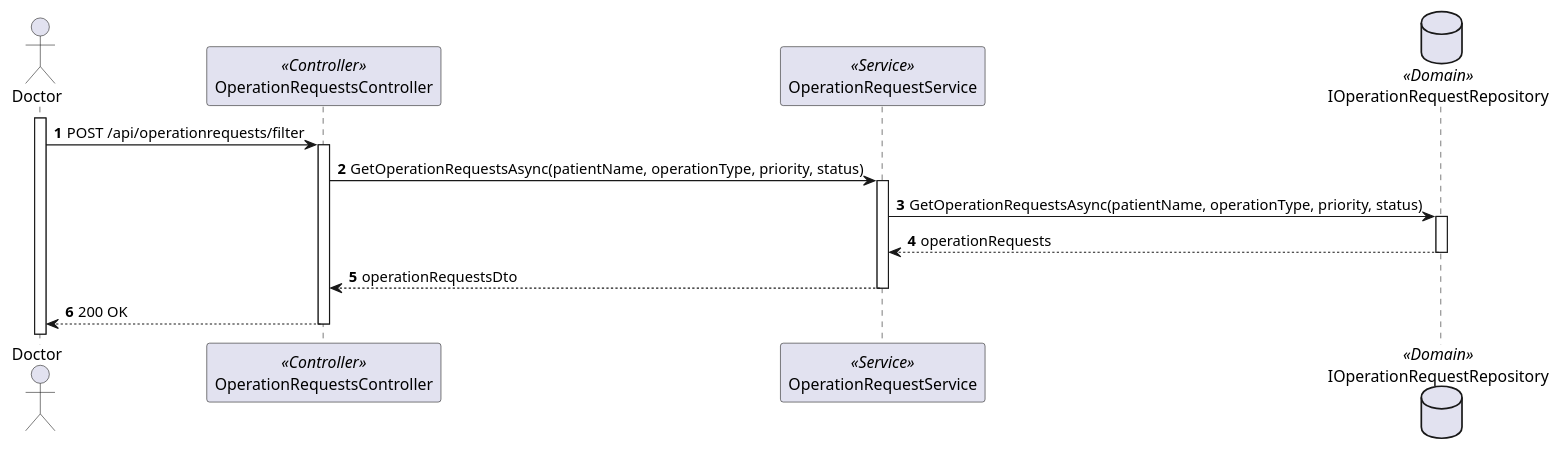
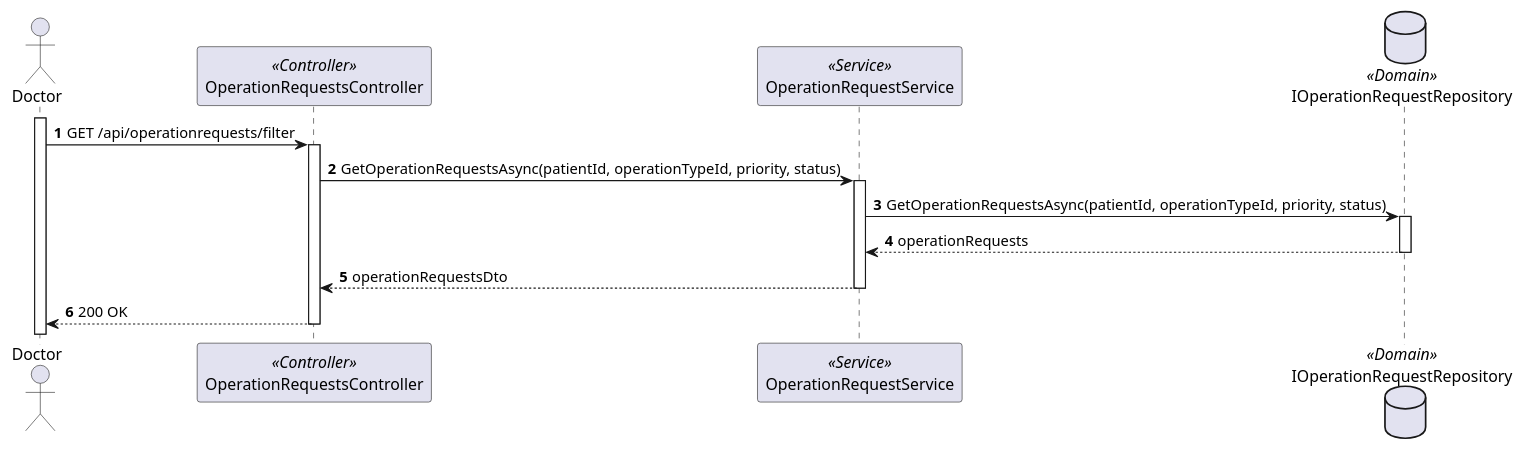
Before and after one commit to 1220846/sem5pi-24-25-3ddg20: the diagram in docs/sprint-a/us-5.1.19/level3/process-view2.puml, drawn with PlantUML. The commit also changed 1 other file, not shown here.

Commit message:
docs: documentation of list operation requests #19

```diff
--- a/docs/sprint-a/us-5.1.19/level3/process-view2.puml
+++ b/docs/sprint-a/us-5.1.19/level3/process-view2.puml
@@ -1,27 +1,27 @@
 @startuml level3
 
 autonumber
 
 actor "Doctor" as Doctor
 participant "OperationRequestsController" as Controller <<Controller>>
 participant "OperationRequestService" as Service <<Service>>
 database "IOperationRequestRepository" as OperationRequestRepository <<Domain>>
 
 activate Doctor
-Doctor->Controller: POST /api/operationrequests/filter
+Doctor->Controller: GET /api/operationrequests/filter
     activate Controller
-        Controller->Service:GetOperationRequestsAsync(patientName, operationType, priority, status)
+        Controller->Service:GetOperationRequestsAsync(patientId, operationTypeId, priority, status)
         activate Service
-                Service ->  OperationRequestRepository : GetOperationRequestsAsync(patientName, operationType, priority, status)
+                Service ->  OperationRequestRepository : GetOperationRequestsAsync(patientId, operationTypeId, priority, status)
 
                 activate OperationRequestRepository
 
                     OperationRequestRepository -->  Service : operationRequests
 
                 deactivate OperationRequestRepository
 
                 Service -->  Controller : operationRequestsDto
         deactivate Service
         Doctor<--Controller:200 OK
     deactivate Controller
 @enduml
```
